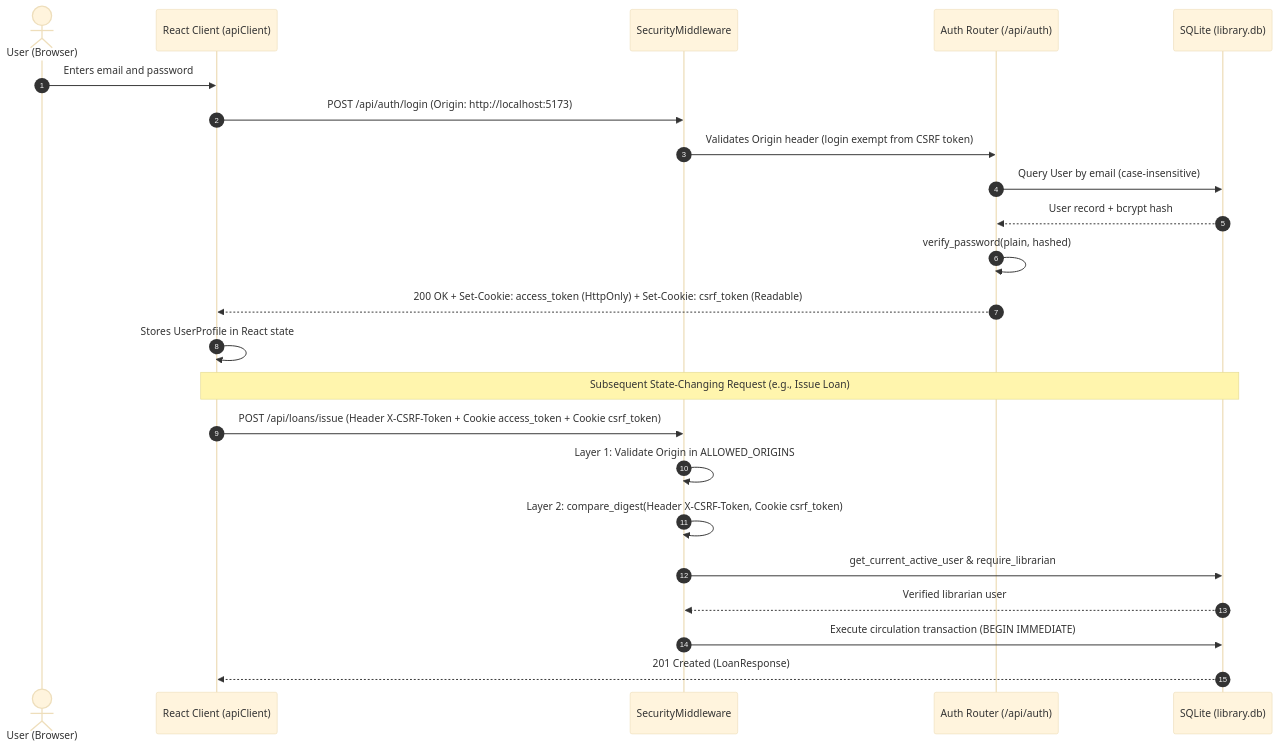
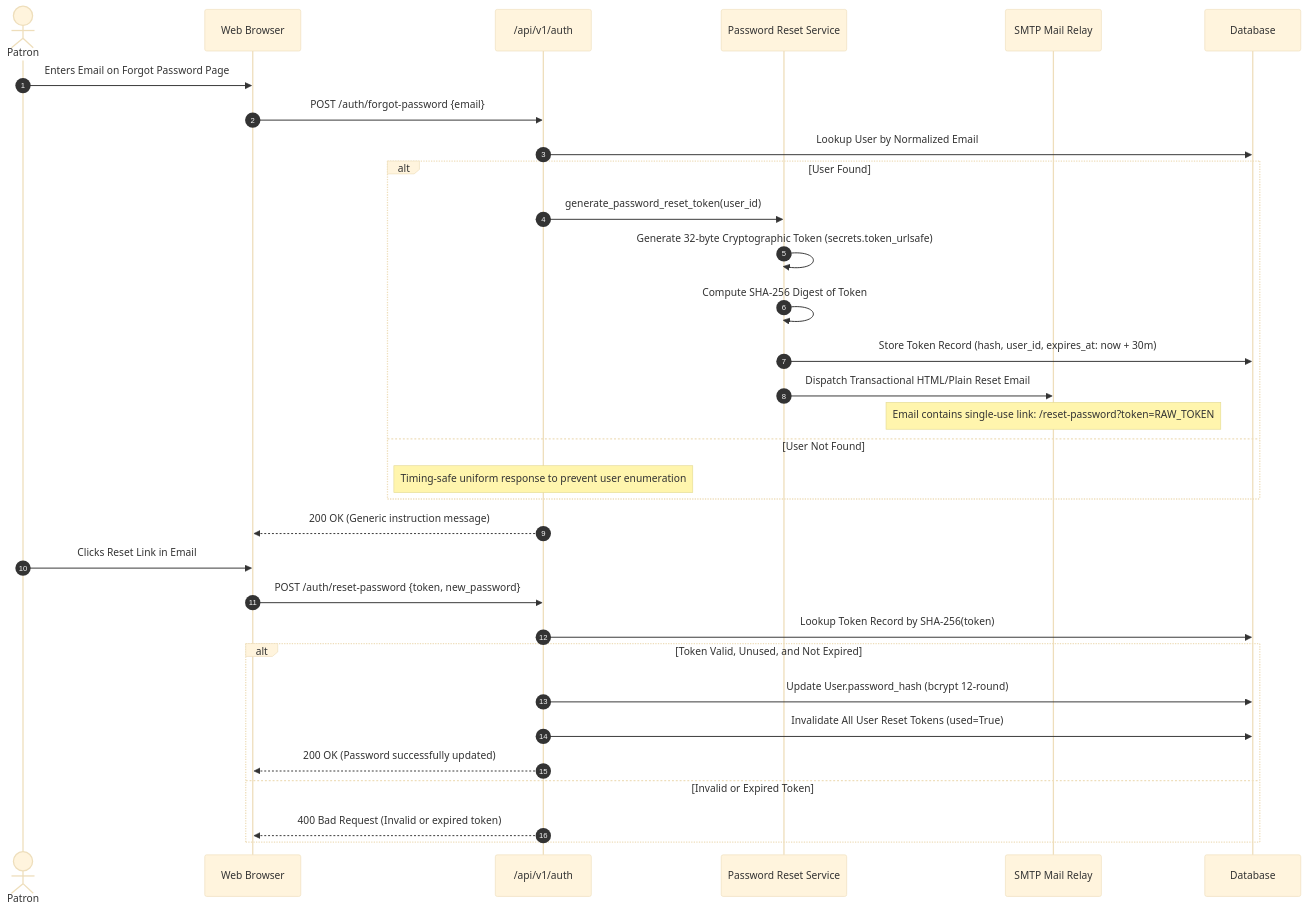
Before and after one commit to Aryan-coder-2025/AI-Library-Management-System: the ninth of 14 diagrams in docs/architecture.md, drawn with Mermaid (base theme). The commit also changed other lines of this file and 11 other files, not shown here.

````diff
--- a/docs/architecture.md
+++ b/docs/architecture.md
@@ -92,27 +416,36 @@
 ```mermaid
 sequenceDiagram
     autonumber
-    actor User as User (Browser)
-    participant Client as React Client (apiClient)
-    participant Middleware as SecurityMiddleware
-    participant AuthRouter as Auth Router (/api/auth)
-    participant DB as SQLite (library.db)
+    actor Patron as Patron
+    participant Browser as Web Browser
+    participant AuthRouter as /api/v1/auth
+    participant PwdService as Password Reset Service
+    participant SMTP as SMTP Mail Relay
+    participant DB as Database
 
-    User->>Client: Enters email and password
-    Client->>Middleware: POST /api/auth/login (Origin: http://localhost:5173)
-    Middleware->>AuthRouter: Validates Origin header (login exempt from CSRF token)
-    AuthRouter->>DB: Query User by email (case-insensitive)
-    DB-->>AuthRouter: User record + bcrypt hash
-    AuthRouter->>AuthRouter: verify_password(plain, hashed)
-    AuthRouter-->>Client: 200 OK + Set-Cookie: access_token (HttpOnly) + Set-Cookie: csrf_token (Readable)
-    Client->>Client: Stores UserProfile in React state
+    Patron->>Browser: Enters Email on Forgot Password Page
+    Browser->>AuthRouter: POST /auth/forgot-password {email}
+    AuthRouter->>DB: Lookup User by Normalized Email
+    alt User Found
+        AuthRouter->>PwdService: generate_password_reset_token(user_id)
+        PwdService->>PwdService: Generate 32-byte Cryptographic Token (secrets.token_urlsafe)
+        PwdService->>PwdService: Compute SHA-256 Digest of Token
+        PwdService->>DB: Store Token Record (hash, user_id, expires_at: now + 30m)
+        PwdService->>SMTP: Dispatch Transactional HTML/Plain Reset Email
+        Note over SMTP: Email contains single-use link: /reset-password?token=RAW_TOKEN
+    else User Not Found
+        Note over AuthRouter: Timing-safe uniform response to prevent user enumeration
+    end
+    AuthRouter-->>Browser: 200 OK (Generic instruction message)
 
-    Note over Client, DB: Subsequent State-Changing Request (e.g., Issue Loan)
-    Client->>Middleware: POST /api/loans/issue (Header X-CSRF-Token + Cookie access_token + Cookie csrf_token)
-    Middleware->>Middleware: Layer 1: Validate Origin in ALLOWED_ORIGINS
-    Middleware->>Middleware: Layer 2: compare_digest(Header X-CSRF-Token, Cookie csrf_token)
-    Middleware->>DB: get_current_active_user & require_librarian
-    DB-->>Middleware: Verified librarian user
-    Middleware->>DB: Execute circulation transaction (BEGIN IMMEDIATE)
-    DB-->>Client: 201 Created (LoanResponse)
+    Patron->>Browser: Clicks Reset Link in Email
+    Browser->>AuthRouter: POST /auth/reset-password {token, new_password}
+    AuthRouter->>DB: Lookup Token Record by SHA-256(token)
+    alt Token Valid, Unused, and Not Expired
+        AuthRouter->>DB: Update User.password_hash (bcrypt 12-round)
+        AuthRouter->>DB: Invalidate All User Reset Tokens (used=True)
+        AuthRouter-->>Browser: 200 OK (Password successfully updated)
+    else Invalid or Expired Token
+        AuthRouter-->>Browser: 400 Bad Request (Invalid or expired token)
+    end
 ```
````
